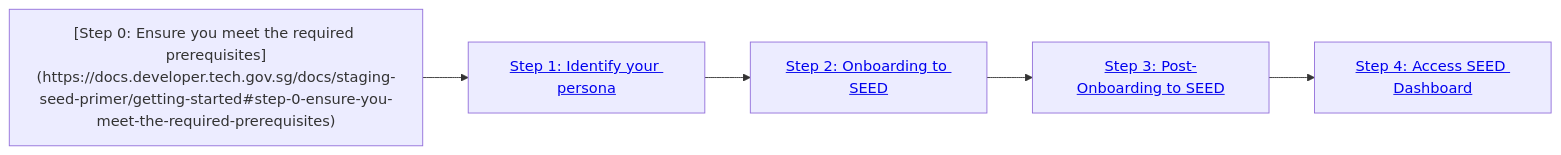
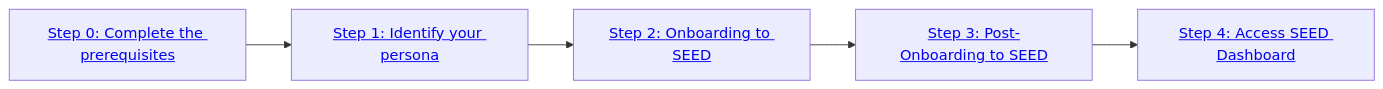
One commit to GovTechSG/seed-primer-documentation changed the diagram in getting-started.md. Above: the diagram before and after it, drawn with Mermaid.

````diff
--- a/getting-started.md
+++ b/getting-started.md
@@ -5,12 +5,12 @@
 ```mermaid
 flowchart LR
-    A["[Step 0: Ensure you meet the required prerequisites](https://docs.developer.tech.gov.sg/docs/staging-seed-primer/getting-started#step-0-ensure-you-meet-the-required-prerequisites)"]
+    A["<a href='https://docs.developer.tech.gov.sg/docs/staging-seed-primer/getting-started?id=step-0-ensure-you-meet-the-required-prerequisites'>Step 0: Complete the prerequisites</a>"]
     B["<a href='https://docs.developer.tech.gov.sg/docs/staging-seed-primer/getting-started?id=step-1-identify-your-onboarding-persona'>Step 1: Identify your persona</a>"]
     C["<a href='https://docs.developer.tech.gov.sg/docs/staging-seed-primer/getting-started?id=step-2-onboard-device-to-seed'>Step 2: Onboarding to SEED</a>"]
     D["<a href='https://docs.developer.tech.gov.sg/docs/staging-seed-primer/post-onboarding-steps'>Step 3: Post-Onboarding to SEED</a>"]
     E["<a href='https://docs.developer.tech.gov.sg/docs/staging-seed-primer/dashboard'>Step 4: Access SEED Dashboard</a>"]
     A --> B
     B --> C
     C --> D
     D --> E
 ```
````
